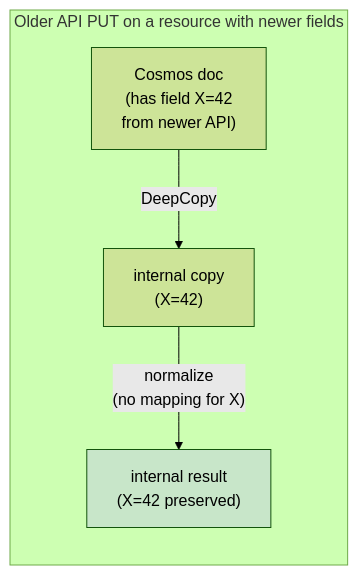
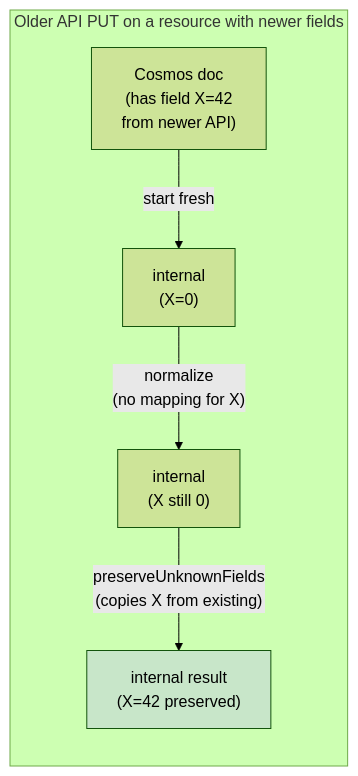
The fifth of 8 diagrams in docs/api-version-defaults-and-storage.md (Azure/ARO-HCP), drawn with Mermaid (forest theme) before and after one commit. The commit also changed other lines of this file and 10 other files, not shown here.

First line of the commit message:
api: flip ConvertToInternal to start-fresh with explicit copy-back

````diff
--- a/docs/api-version-defaults-and-storage.md
+++ b/docs/api-version-defaults-and-storage.md
@@ -163,9 +183,10 @@
 ```mermaid
 flowchart LR
     subgraph "Older API PUT on a resource with newer fields"
-        A["Cosmos doc<br/>(has field X=42<br/>from newer API)"] -->|DeepCopy| B["internal copy<br/>(X=42)"]
-        B -->|"normalize<br/>(no mapping for X)"| C["internal result<br/>(X=42 preserved)"]
+        A["Cosmos doc<br/>(has field X=42<br/>from newer API)"] -->|"start fresh"| B["internal<br/>(X=0)"]
+        B -->|"normalize<br/>(no mapping for X)"| C["internal<br/>(X still 0)"]
+        C -->|"preserveUnknownFields<br/>(copies X from existing)"| D["internal result<br/>(X=42 preserved)"]
     end
 
-    style C fill:#c8e6c9
+    style D fill:#c8e6c9
 ```
````
